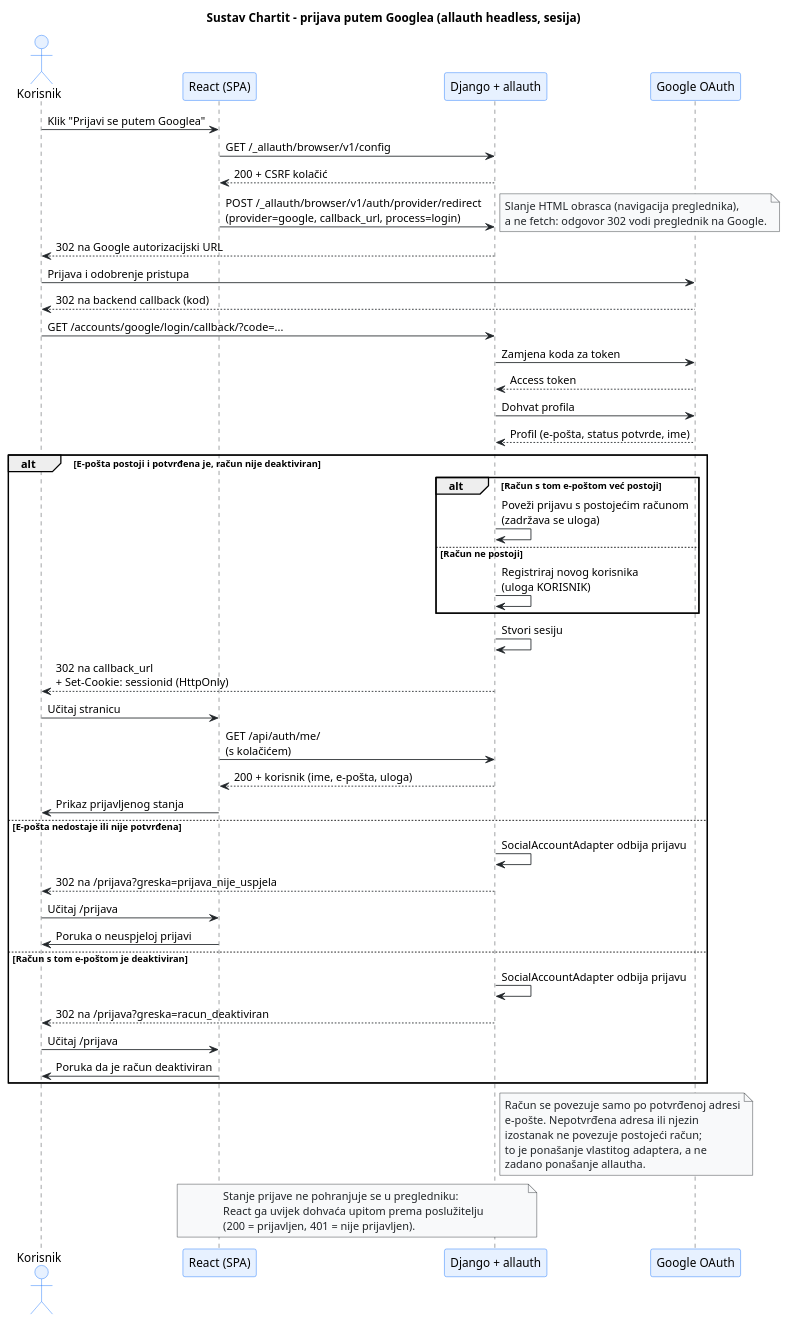
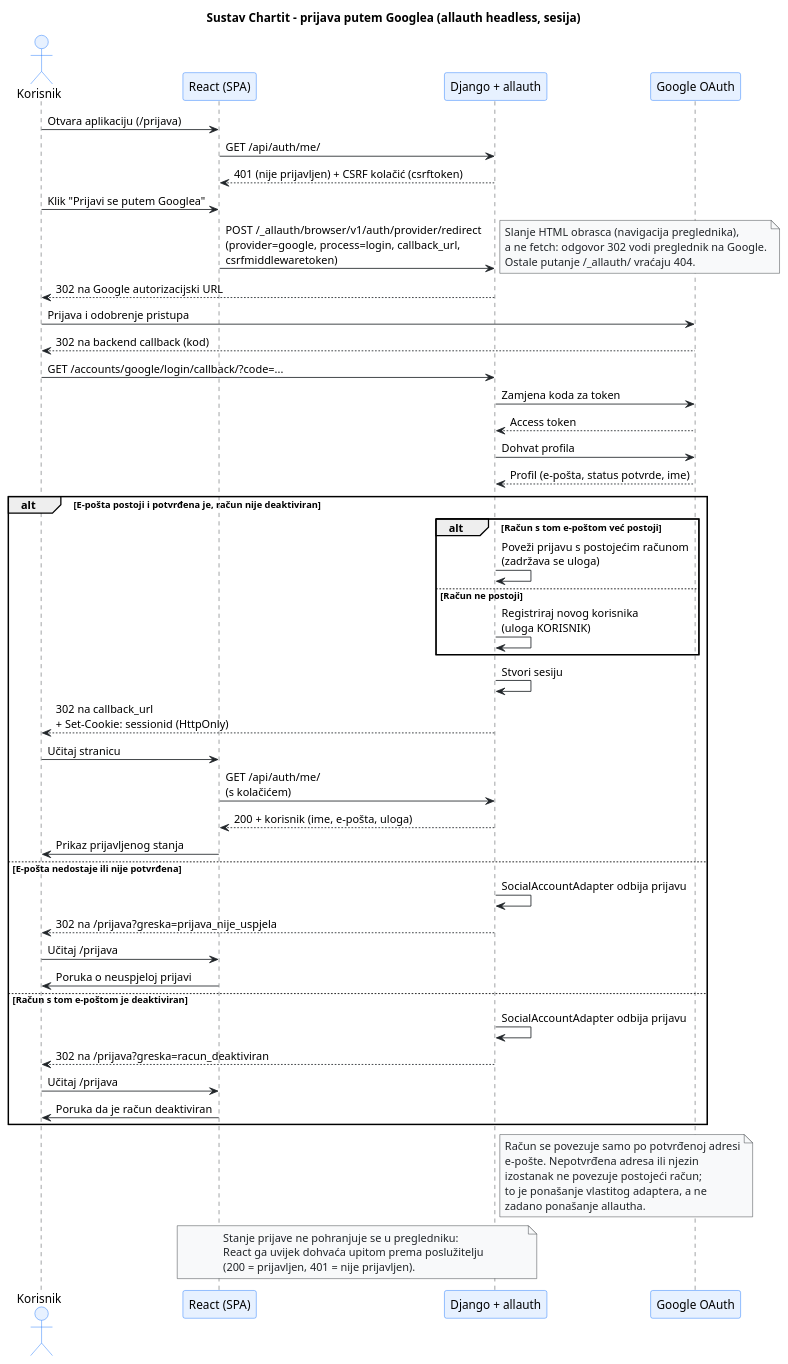
Before and after one commit to tmpteamname1/ChartIt: the diagram in docs/puml/4-6-chartit-oauth-SD.puml, drawn with PlantUML. The commit also changed other lines of this file and 12 other files, not shown here.

```diff
--- a/docs/puml/4-6-chartit-oauth-SD.puml
+++ b/docs/puml/4-6-chartit-oauth-SD.puml
@@ -21,96 +21,98 @@
 @startuml
 title Sustav Chartit - prijava putem Googlea (allauth headless, sesija)
 
 skinparam shadowing false
 skinparam defaultFontName Arial
 skinparam ArrowColor #212529
 
 skinparam sequence {
     ParticipantBackgroundColor #E7F1FF
     ParticipantBorderColor #0D6EFD
     ActorBackgroundColor #E7F1FF
     ActorBorderColor #0D6EFD
     LifeLineBorderColor #212529
 }
 
 skinparam note {
     BackgroundColor #F8F9FA
     BorderColor #212529
     FontColor #212529
 }
 
 actor Korisnik
 participant "React (SPA)" as FE
 participant "Django + allauth" as BE
 participant "Google OAuth" as G
 
 ' ==============================================================================
 ' Pokretanje prijave
 ' ==============================================================================
+Korisnik -> FE : Otvara aplikaciju (/prijava)
+FE -> BE : GET /api/auth/me/
+BE --> FE : 401 (nije prijavljen) + CSRF kolačić (csrftoken)
 Korisnik -> FE : Klik "Prijavi se putem Googlea"
-FE -> BE : GET /_allauth/browser/v1/config
-BE --> FE : 200 + CSRF kolačić
-FE -> BE : POST /_allauth/browser/v1/auth/provider/redirect\n(provider=google, callback_url, process=login)
+FE -> BE : POST /_allauth/browser/v1/auth/provider/redirect\n(provider=google, process=login, callback_url,\ncsrfmiddlewaretoken)
 note right
   Slanje HTML obrasca (navigacija preglednika),
   a ne fetch: odgovor 302 vodi preglednik na Google.
+  Ostale putanje /_allauth/ vraćaju 404.
 end note
 BE --> Korisnik : 302 na Google autorizacijski URL
 
 ' ==============================================================================
 ' OAuth tok s pružateljem
 ' ==============================================================================
 Korisnik -> G : Prijava i odobrenje pristupa
 G --> Korisnik : 302 na backend callback (kod)
 Korisnik -> BE : GET /accounts/google/login/callback/?code=...
 BE -> G : Zamjena koda za token
 G --> BE : Access token
 BE -> G : Dohvat profila
 G --> BE : Profil (e-pošta, status potvrde, ime)
 
 ' ==============================================================================
 ' Povezivanje računa po potvrđenoj e-pošti (F-18, AS-08)
 ' ==============================================================================
 alt E-pošta postoji i potvrđena je, račun nije deaktiviran
   alt Račun s tom e-poštom već postoji
     BE -> BE : Poveži prijavu s postojećim računom\n(zadržava se uloga)
   else Račun ne postoji
     BE -> BE : Registriraj novog korisnika\n(uloga KORISNIK)
   end
   BE -> BE : Stvori sesiju
   BE --> Korisnik : 302 na callback_url\n+ Set-Cookie: sessionid (HttpOnly)
   Korisnik -> FE : Učitaj stranicu
   FE -> BE : GET /api/auth/me/\n(s kolačićem)
   BE --> FE : 200 + korisnik (ime, e-pošta, uloga)
   FE -> Korisnik : Prikaz prijavljenog stanja
 else E-pošta nedostaje ili nije potvrđena
   BE -> BE : SocialAccountAdapter odbija prijavu
   BE --> Korisnik : 302 na /prijava?greska=prijava_nije_uspjela
   Korisnik -> FE : Učitaj /prijava
   FE -> Korisnik : Poruka o neuspjeloj prijavi
 else Račun s tom e-poštom je deaktiviran
   BE -> BE : SocialAccountAdapter odbija prijavu
   BE --> Korisnik : 302 na /prijava?greska=racun_deaktiviran
   Korisnik -> FE : Učitaj /prijava
   FE -> Korisnik : Poruka da je račun deaktiviran
 end
 
 ' ==============================================================================
 ' Ograničenja
 ' ==============================================================================
 
 note right of BE
   Račun se povezuje samo po potvrđenoj adresi
   e-pošte. Nepotvrđena adresa ili njezin
   izostanak ne povezuje postojeći račun;
   to je ponašanje vlastitog adaptera, a ne
   zadano ponašanje allautha.
 end note
 
 note over FE, BE
   Stanje prijave ne pohranjuje se u pregledniku:
   React ga uvijek dohvaća upitom prema poslužitelju
   (200 = prijavljen, 401 = nije prijavljen).
 end note
 
 @enduml
```
